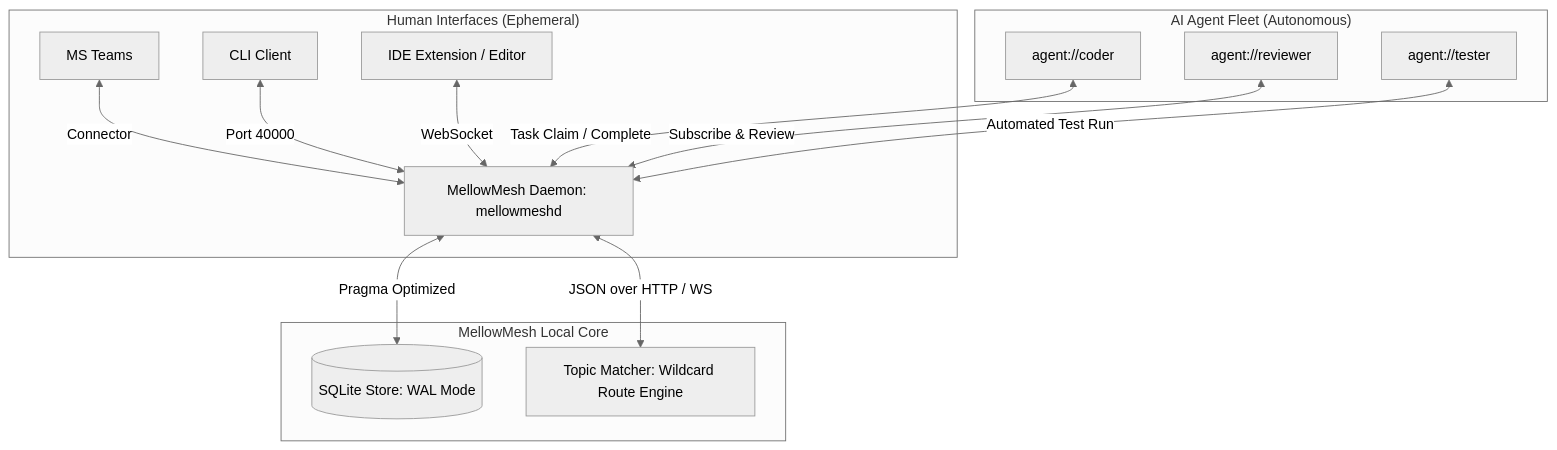
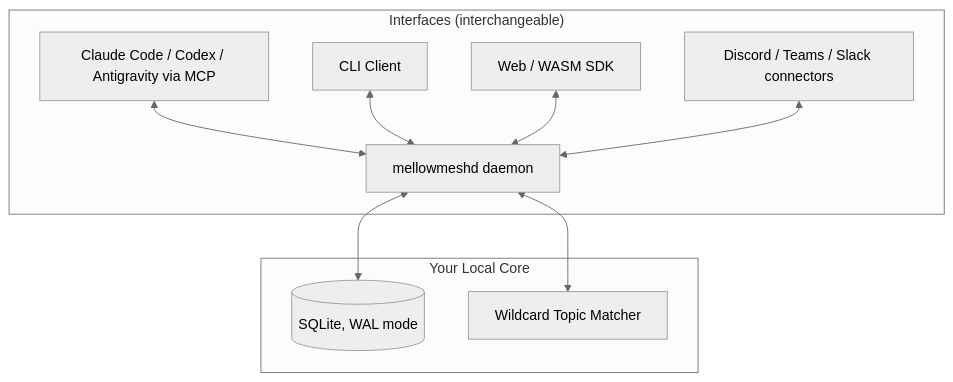
The diagram in README.md (yannickhuchard/mellowmesh), drawn with Mermaid (neutral theme) before and after one commit. The commit also changed other lines of this file and 52 other files, not shown here.

````diff
--- a/README.md
+++ b/README.md
@@ -50,23 +61,18 @@
 ```mermaid
 graph TD
-    subgraph Interfaces ["Human Interfaces (Ephemeral)"]
-        A[MS Teams] <-->|Connector| D
-        B[CLI Client] <-->|Port 40000| D
-        C[IDE Extension / Editor] <-->|WebSocket| D
+    subgraph Interfaces ["Interfaces (interchangeable)"]
+        A[Claude Code / Codex / Antigravity via MCP] <--> D
+        B[CLI Client] <--> D
+        C[Web / WASM SDK] <--> D
+        X[Discord / Teams / Slack connectors] <--> D
     end
 
-    subgraph Core ["MellowMesh Local Core"]
-        D[MellowMesh Daemon: mellowmeshd]
-        E[(SQLite Store: WAL Mode)]
-        F[Topic Matcher: Wildcard Route Engine]
+    subgraph Core ["Your Local Core"]
+        D[mellowmeshd daemon]
+        E[(SQLite, WAL mode)]
+        F[Wildcard Topic Matcher]
     end
 
-    subgraph Agents ["AI Agent Fleet (Autonomous)"]
-        G[agent://coder] <-->|Task Claim / Complete| D
-        H[agent://reviewer] <-->|Subscribe & Review| D
-        I[agent://tester] <-->|Automated Test Run| D
-    end
-
-    D <-->|JSON over HTTP / WS| F
-    D <-->|Pragma Optimized| E
+    D <--> F
+    D <--> E
 ```
````
